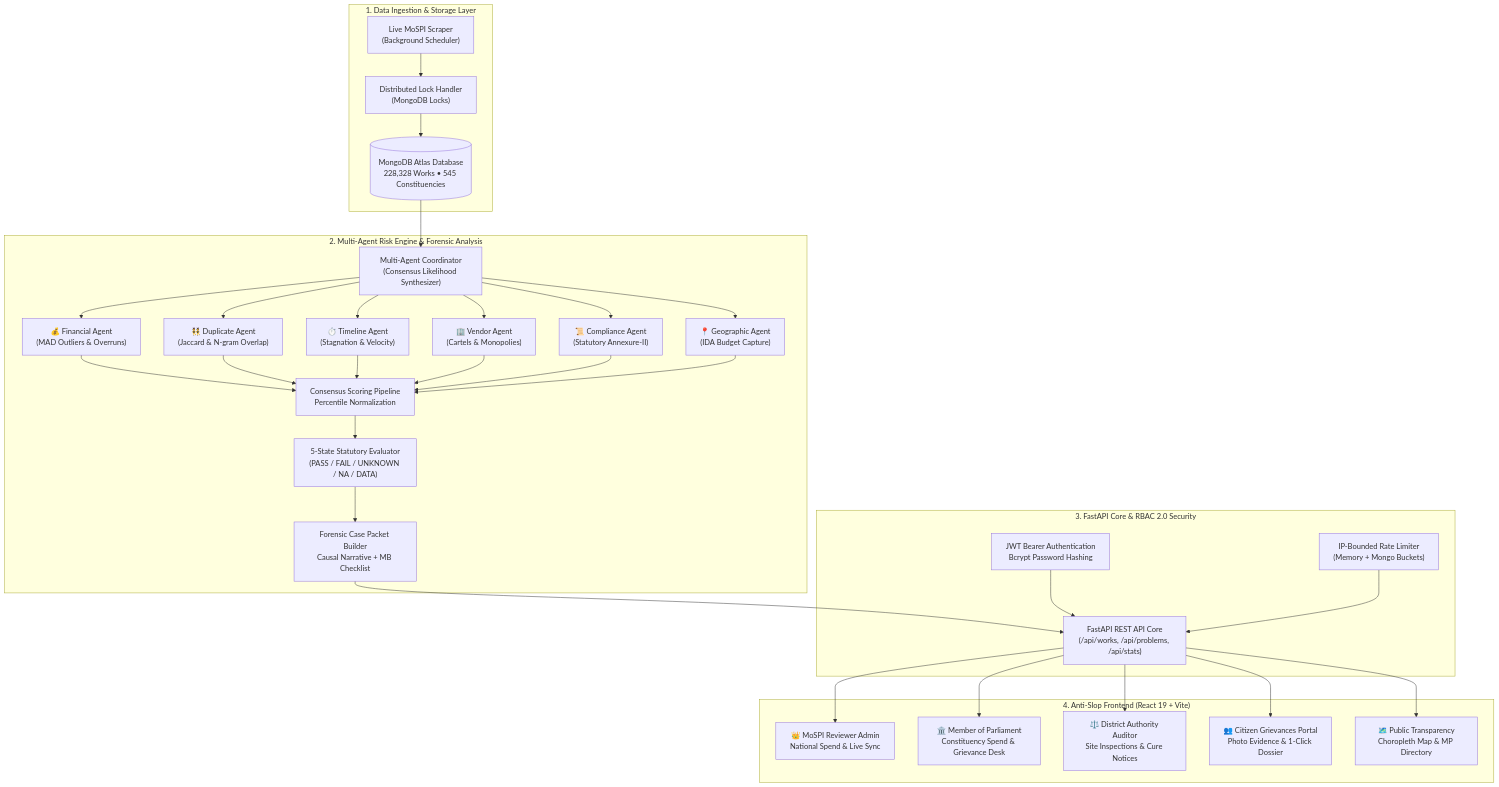
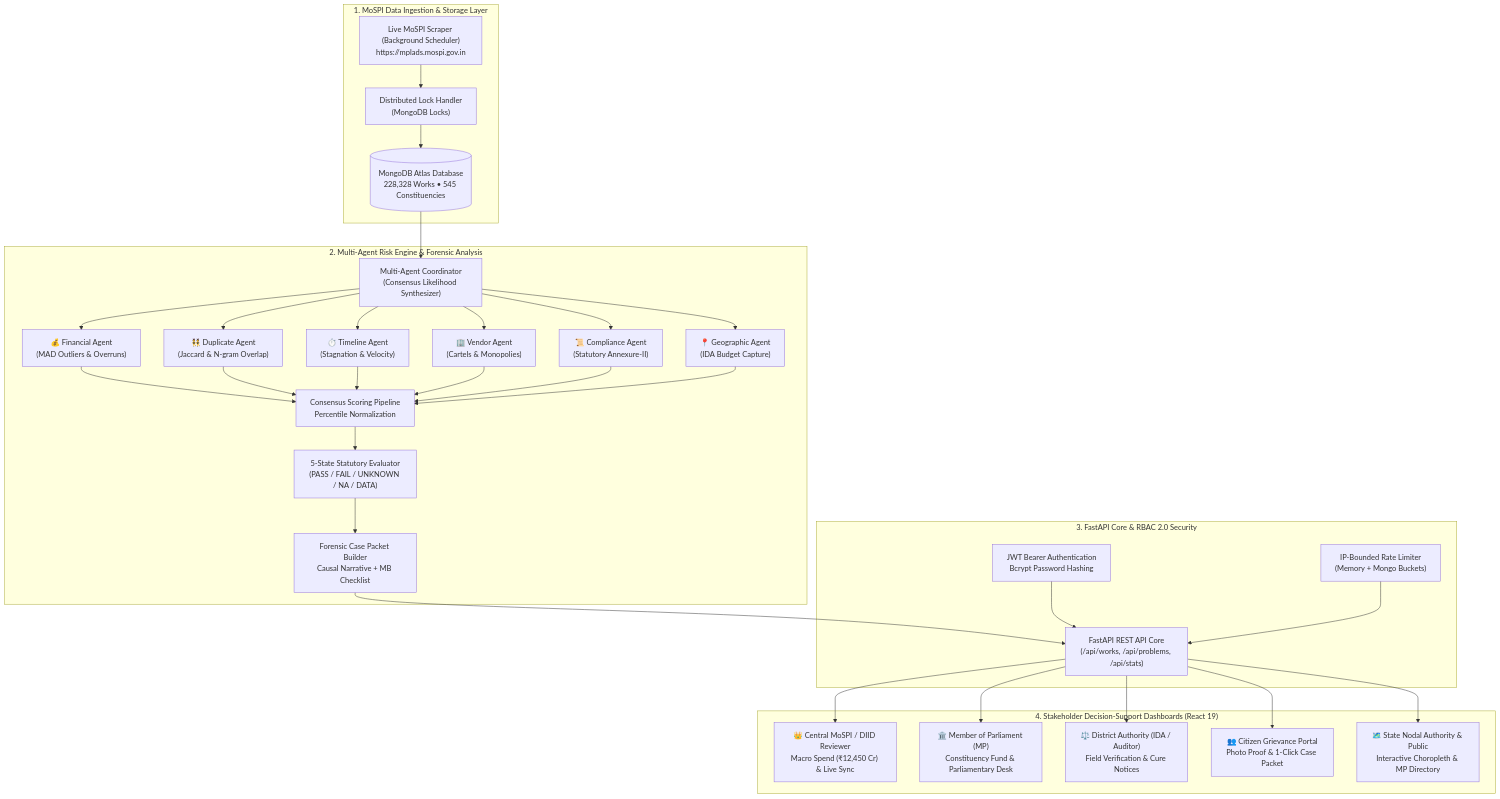
One commit to poulamisingha1212-source/SIH26102 changed the diagram in README.md. Above: the diagram before and after it, drawn with Mermaid. The commit also changed other lines of this file, not shown here.

Commit message:
docs: anchor README around SIH Problem Statement 26102 official solution matrix and MoSPI DIID architecture

````diff
--- a/README.md
+++ b/README.md
@@ -70,35 +103,35 @@
 ```mermaid
 flowchart TB
-    subgraph DataIngestion ["1. Data Ingestion & Storage Layer"]
-        PortalScraper["Live MoSPI Scraper<br/>(Background Scheduler)"] --> MasterIngest["Distributed Lock Handler<br/>(MongoDB Locks)"]
+    subgraph DataIngestion ["1. MoSPI Data Ingestion & Storage Layer"]
+        PortalScraper["Live MoSPI Scraper (Background Scheduler)<br/>https://mplads.mospi.gov.in"] --> MasterIngest["Distributed Lock Handler<br/>(MongoDB Locks)"]
         MasterIngest --> MongoCluster[("MongoDB Atlas Database<br/>228,328 Works • 545 Constituencies")]
     end
 
     subgraph RiskEngine ["2. Multi-Agent Risk Engine & Forensic Analysis"]
         MongoCluster --> Coordinator["Multi-Agent Coordinator<br/>(Consensus Likelihood Synthesizer)"]
         Coordinator --> FA["💰 Financial Agent<br/>(MAD Outliers & Overruns)"]
         Coordinator --> DA["👯 Duplicate Agent<br/>(Jaccard & N-gram Overlap)"]
         Coordinator --> TA["⏱️ Timeline Agent<br/>(Stagnation & Velocity)"]
         Coordinator --> VA["🏢 Vendor Agent<br/>(Cartels & Monopolies)"]
         Coordinator --> CA["📜 Compliance Agent<br/>(Statutory Annexure-II)"]
         Coordinator --> GA["📍 Geographic Agent<br/>(IDA Budget Capture)"]
         
         FA & DA & TA & VA & CA & GA --> ScoreAgg["Consensus Scoring Pipeline<br/>Percentile Normalization"]
         ScoreAgg --> FiveState["5-State Statutory Evaluator<br/>(PASS / FAIL / UNKNOWN / NA / DATA)"]
         FiveState --> CasePacketGen["Forensic Case Packet Builder<br/>Causal Narrative + MB Checklist"]
     end
 
     subgraph APIAndAuth ["3. FastAPI Core & RBAC 2.0 Security"]
         CasePacketGen --> RestAPI["FastAPI REST API Core<br/>(/api/works, /api/problems, /api/stats)"]
         AuthLayer["JWT Bearer Authentication<br/>Bcrypt Password Hashing"] --> RestAPI
         RateLimiter["IP-Bounded Rate Limiter<br/>(Memory + Mongo Buckets)"] --> RestAPI
     end
 
-    subgraph ClientViews ["4. Anti-Slop Frontend (React 19 + Vite)"]
-        RestAPI --> AdminView["👑 MoSPI Reviewer Admin<br/>National Spend & Live Sync"]
-        RestAPI --> MPView["🏛️ Member of Parliament<br/>Constituency Spend & Grievance Desk"]
-        RestAPI --> AuditorView["⚖️ District Authority Auditor<br/>Site Inspections & Cure Notices"]
-        RestAPI --> CitizenView["👥 Citizen Grievances Portal<br/>Photo Evidence & 1-Click Dossier"]
-        RestAPI --> PublicView["🗺️ Public Transparency<br/>Choropleth Map & MP Directory"]
+    subgraph ClientViews ["4. Stakeholder Decision-Support Dashboards (React 19)"]
+        RestAPI --> AdminView["👑 Central MoSPI / DIID Reviewer<br/>Macro Spend (₹12,450 Cr) & Live Sync"]
+        RestAPI --> MPView["🏛️ Member of Parliament (MP)<br/>Constituency Fund & Parliamentary Desk"]
+        RestAPI --> AuditorView["⚖️ District Authority (IDA / Auditor)<br/>Field Verification & Cure Notices"]
+        RestAPI --> CitizenView["👥 Citizen Grievance Portal<br/>Photo Proof & 1-Click Case Packet"]
+        RestAPI --> PublicView["🗺️ State Nodal Authority & Public<br/>Interactive Choropleth & MP Directory"]
     end
 ```
````
